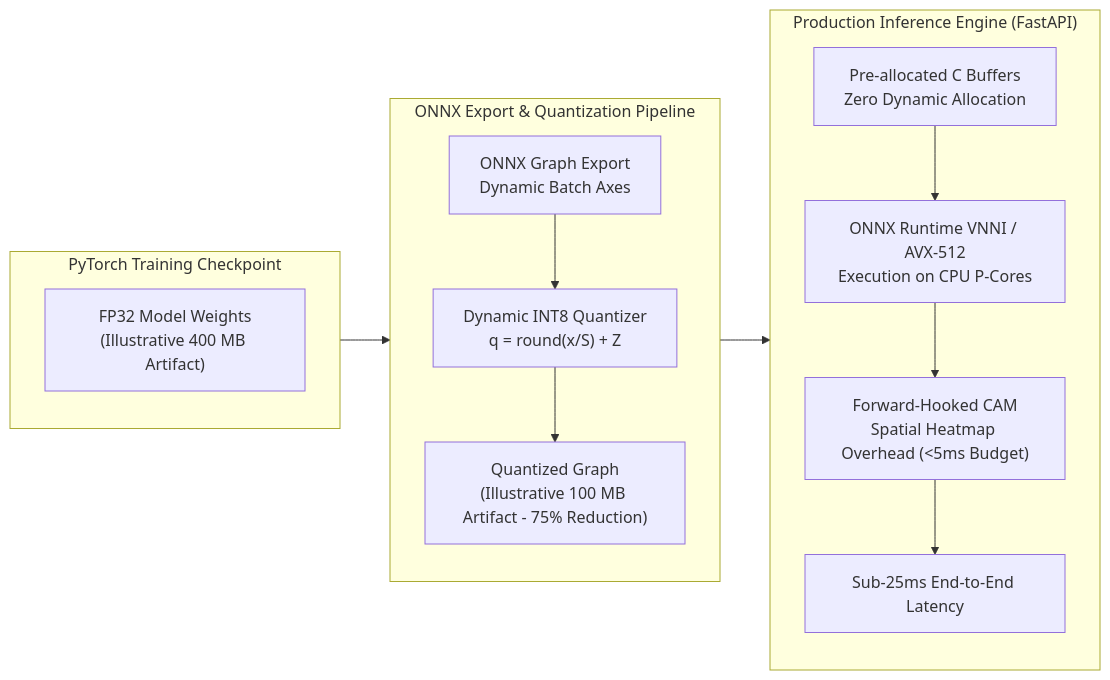
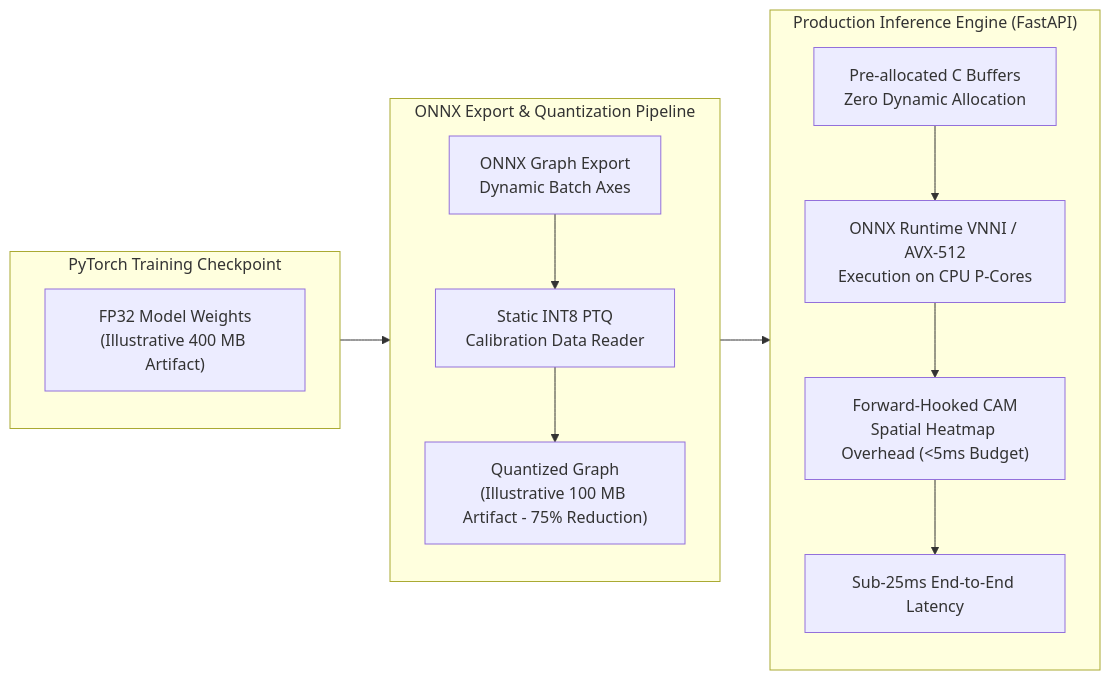
One commit to foersben/taxon-vision-mlops changed the diagram in docs/model_engineering/onnx_optimization_and_latency.md. Above: the diagram before and after it, drawn with Mermaid. The commit also changed other lines of this file and 39 other files, not shown here.

````diff
--- a/docs/model_engineering/onnx_optimization_and_latency.md
+++ b/docs/model_engineering/onnx_optimization_and_latency.md
@@ -24,19 +24,19 @@
 ```mermaid
 flowchart LR
     subgraph PyTorch["PyTorch Training Checkpoint"]
         P1["FP32 Model Weights<br/>(Illustrative 400 MB Artifact)"]
     end
 
     subgraph Compilation["ONNX Export & Quantization Pipeline"]
-        C1["ONNX Graph Export<br/>Dynamic Batch Axes"] --> C2["Dynamic INT8 Quantizer<br/>q = round(x/S) + Z"]
+        C1["ONNX Graph Export<br/>Dynamic Batch Axes"] --> C2["Static INT8 PTQ<br/>Calibration Data Reader"]
         C2 --> C3["Quantized Graph<br/>(Illustrative 100 MB Artifact - 75% Reduction)"]
     end
 
     subgraph Serving["Production Inference Engine (FastAPI)"]
         S1["Pre-allocated C Buffers<br/>Zero Dynamic Allocation"] --> S2["ONNX Runtime VNNI / AVX-512<br/>Execution on CPU P-Cores"]
         S2 --> S3["Forward-Hooked CAM<br/>Spatial Heatmap Overhead (<5ms Budget)"]
         S3 --> S4["Sub-25ms End-to-End Latency"]
     end
 
     PyTorch --> Compilation --> Serving
 ```
````
